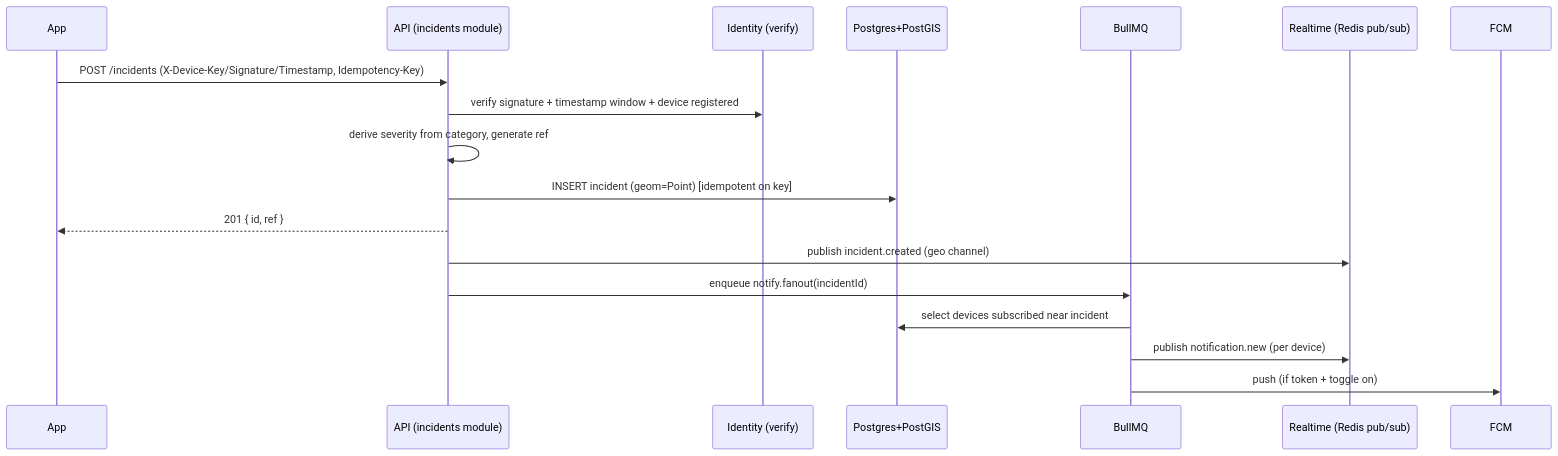
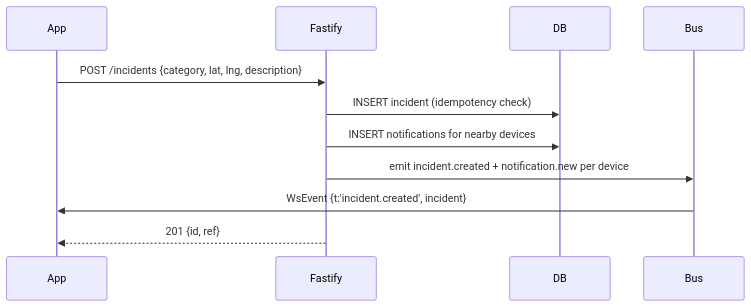
The second of 4 diagrams in mobile/backend/BackendSpecs.md (moradsab1/blgh), drawn with Mermaid before and after one commit. The commit also changed other lines of this file, not shown here.

First line of the commit message:
docs(backend): rewrite BackendSpecs.md with minimal Fastify architecture

````diff
--- a/mobile/backend/BackendSpecs.md
+++ b/mobile/backend/BackendSpecs.md
@@ -346,19 +181,14 @@
 ```mermaid
 sequenceDiagram
-  participant App
-  participant API as API (incidents module)
-  participant Sig as Identity (verify)
-  participant DB as Postgres+PostGIS
-  participant Q as BullMQ
-  participant WS as Realtime (Redis pub/sub)
-  App->>API: POST /incidents (X-Device-Key/Signature/Timestamp, Idempotency-Key)
-  API->>Sig: verify signature + timestamp window + device registered
-  API->>API: derive severity from category, generate ref
-  API->>DB: INSERT incident (geom=Point) [idempotent on key]
-  API-->>App: 201 { id, ref }
-  API->>WS: publish incident.created (geo channel)
-  API->>Q: enqueue notify.fanout(incidentId)
-  Q->>DB: select devices subscribed near incident
-  Q->>WS: publish notification.new (per device)
-  Q->>FCM: push (if token + toggle on)
+    participant App
+    participant Fastify
+    participant DB
+    participant Bus
+
+    App->>Fastify: POST /incidents {category, lat, lng, description}
+    Fastify->>DB: INSERT incident (idempotency check)
+    Fastify->>DB: INSERT notifications for nearby devices
+    Fastify->>Bus: emit incident.created + notification.new per device
+    Bus->>App: WsEvent {t:'incident.created', incident}
+    Fastify-->>App: 201 {id, ref}
 ```
````
